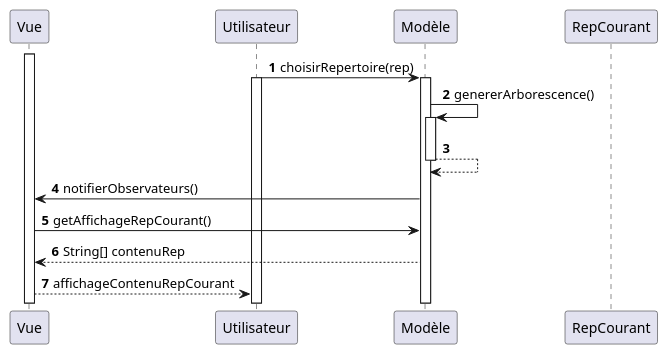
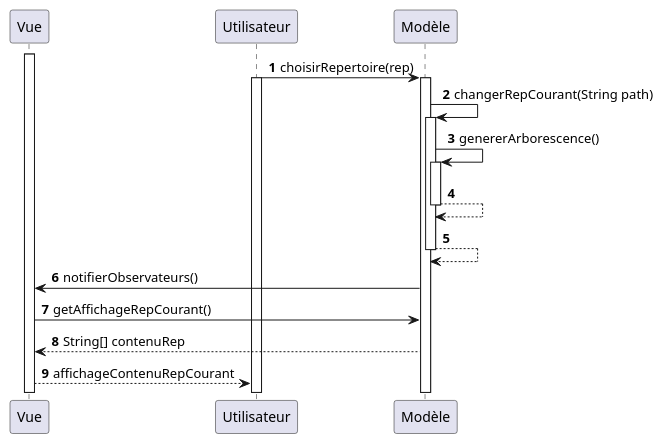
Before and after one commit to Oxsw1ng/SAE_3_01_MIJATOVIC_PINCHON_GUENFOUDI_PERRIER: the diagram in Documents/Itération 1/introspectionRepCourant.puml, drawn with PlantUML. The commit also changed 4 other files, not shown here.

Commit message:
Modif composite repCourant

```diff
--- a/Documents/Itération 1/introspectionRepCourant.puml
+++ b/Documents/Itération 1/introspectionRepCourant.puml
@@ -1,20 +1,24 @@
 @startuml
 'https://plantuml.com/sequence-diagram
 
 autonumber
 
 activate Vue
 Utilisateur -> Modèle : choisirRepertoire(rep)
 activate Utilisateur
 activate Modèle
+Modèle -> Modèle : changerRepCourant(String path)
+activate Modèle
 Modèle -> Modèle : genererArborescence()
 activate Modèle
 Modèle --> Modèle :
-deactivate RepCourant
+
+deactivate Modèle
+Modèle --> Modèle
 deactivate Modèle
 Modèle -> Vue : notifierObservateurs()
 Vue -> Modèle : getAffichageRepCourant()
 Modèle --> Vue : String[] contenuRep
 Vue --> Utilisateur : affichageContenuRepCourant
 
 @enduml
```
